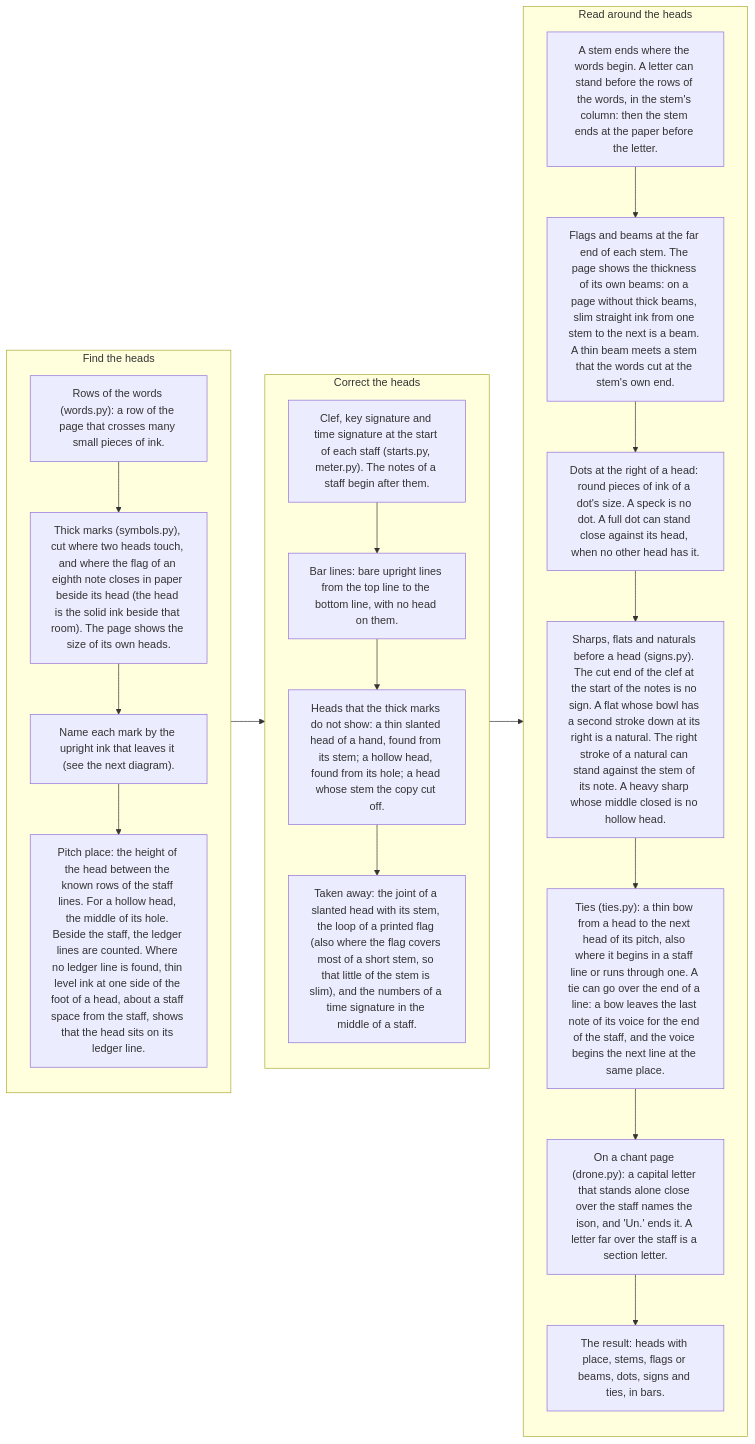
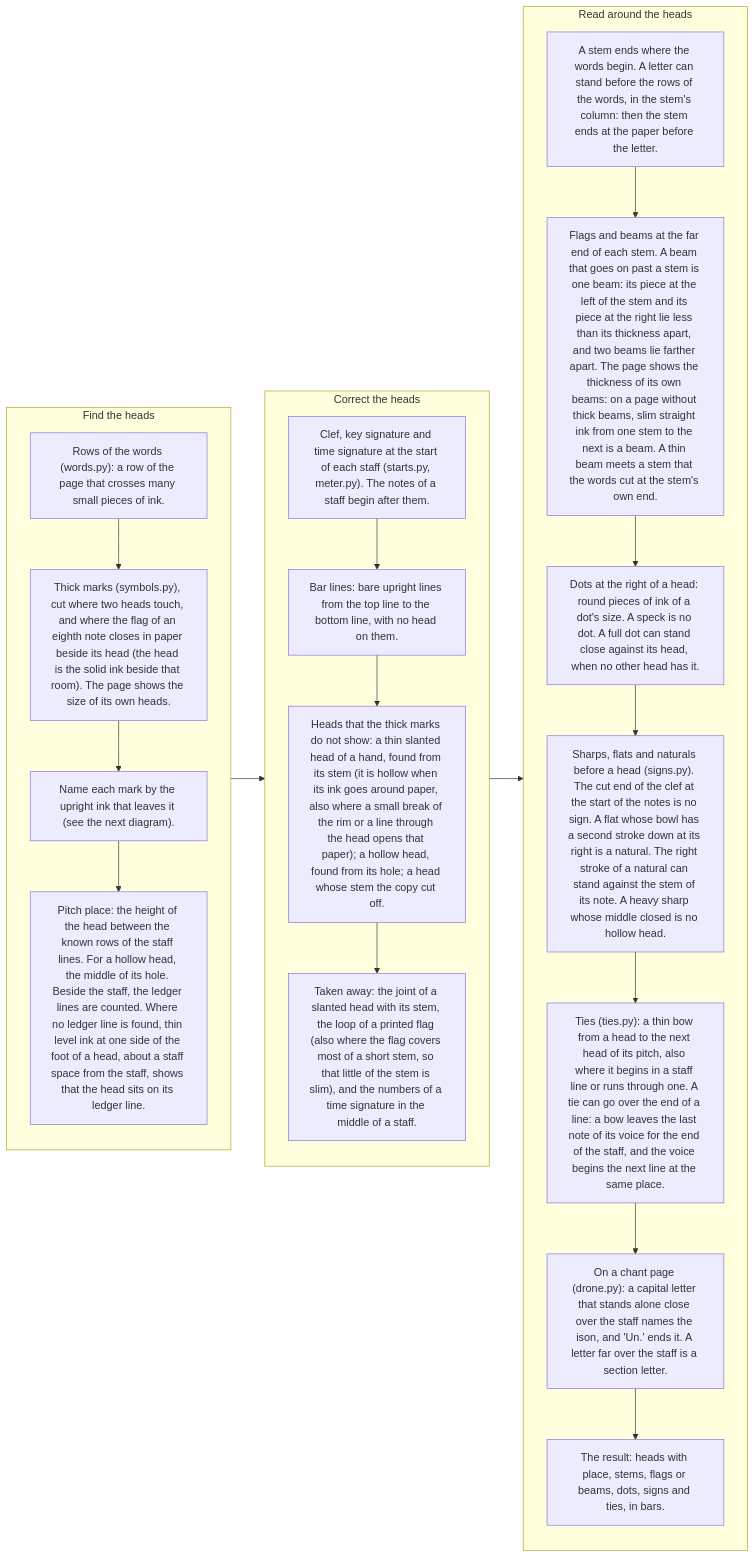
Before and after one commit to sweet-cicero/ScoreReader: the fourth of 12 diagrams in README.md, drawn with Mermaid. The commit also changed other lines of this file and 4 other files, not shown here.

First line of the commit message:
Notes: hollow heads on a faint line or with a thin rim, a beam past a stem

````diff
--- a/README.md
+++ b/README.md
@@ -152,31 +152,31 @@
 ```mermaid
 flowchart LR
     subgraph find["Find the heads"]
         direction TB
         f0["Rows of the words (words.py): a row of the page that crosses many small pieces of ink."]
         f1["Thick marks (symbols.py), cut where two heads touch, and where the flag of an eighth note closes in paper beside its head (the head is the solid ink beside that room). The page shows the size of its own heads."]
         f2["Name each mark by the upright ink that leaves it (see the next diagram)."]
         f3["Pitch place: the height of the head between the known rows of the staff lines. For a hollow head, the middle of its hole. Beside the staff, the ledger lines are counted. Where no ledger line is found, thin level ink at one side of the foot of a head, about a staff space from the staff, shows that the head sits on its ledger line."]
         f0 --> f1 --> f2 --> f3
     end
     subgraph more["Correct the heads"]
         direction TB
         m1["Clef, key signature and time signature at the start of each staff (starts.py, meter.py). The notes of a staff begin after them."]
         m2["Bar lines: bare upright lines from the top line to the bottom line, with no head on them."]
-        m3["Heads that the thick marks do not show: a thin slanted head of a hand, found from its stem; a hollow head, found from its hole; a head whose stem the copy cut off."]
+        m3["Heads that the thick marks do not show: a thin slanted head of a hand, found from its stem (it is hollow when its ink goes around paper, also where a small break of the rim or a line through the head opens that paper); a hollow head, found from its hole; a head whose stem the copy cut off."]
         m4["Taken away: the joint of a slanted head with its stem, the loop of a printed flag (also where the flag covers most of a short stem, so that little of the stem is slim), and the numbers of a time signature in the middle of a staff."]
         m1 --> m2 --> m3 --> m4
     end
     subgraph around["Read around the heads"]
         direction TB
         a1["A stem ends where the words begin. A letter can stand before the rows of the words, in the stem's column: then the stem ends at the paper before the letter."]
-        a2["Flags and beams at the far end of each stem. The page shows the thickness of its own beams: on a page without thick beams, slim straight ink from one stem to the next is a beam. A thin beam meets a stem that the words cut at the stem's own end."]
+        a2["Flags and beams at the far end of each stem. A beam that goes on past a stem is one beam: its piece at the left of the stem and its piece at the right lie less than its thickness apart, and two beams lie farther apart. The page shows the thickness of its own beams: on a page without thick beams, slim straight ink from one stem to the next is a beam. A thin beam meets a stem that the words cut at the stem's own end."]
         a3["Dots at the right of a head: round pieces of ink of a dot's size. A speck is no dot. A full dot can stand close against its head, when no other head has it."]
         a4["Sharps, flats and naturals before a head (signs.py). The cut end of the clef at the start of the notes is no sign. A flat whose bowl has a second stroke down at its right is a natural. The right stroke of a natural can stand against the stem of its note. A heavy sharp whose middle closed is no hollow head."]
         a5["Ties (ties.py): a thin bow from a head to the next head of its pitch, also where it begins in a staff line or runs through one. A tie can go over the end of a line: a bow leaves the last note of its voice for the end of the staff, and the voice begins the next line at the same place."]
         a6["On a chant page (drone.py): a capital letter that stands alone close over the staff names the ison, and 'Un.' ends it. A letter far over the staff is a section letter."]
         a7["The result: heads with place, stems, flags or beams, dots, signs and ties, in bars."]
         a1 --> a2 --> a3 --> a4 --> a5 --> a6 --> a7
     end
     find --> more --> around
 ```
````
